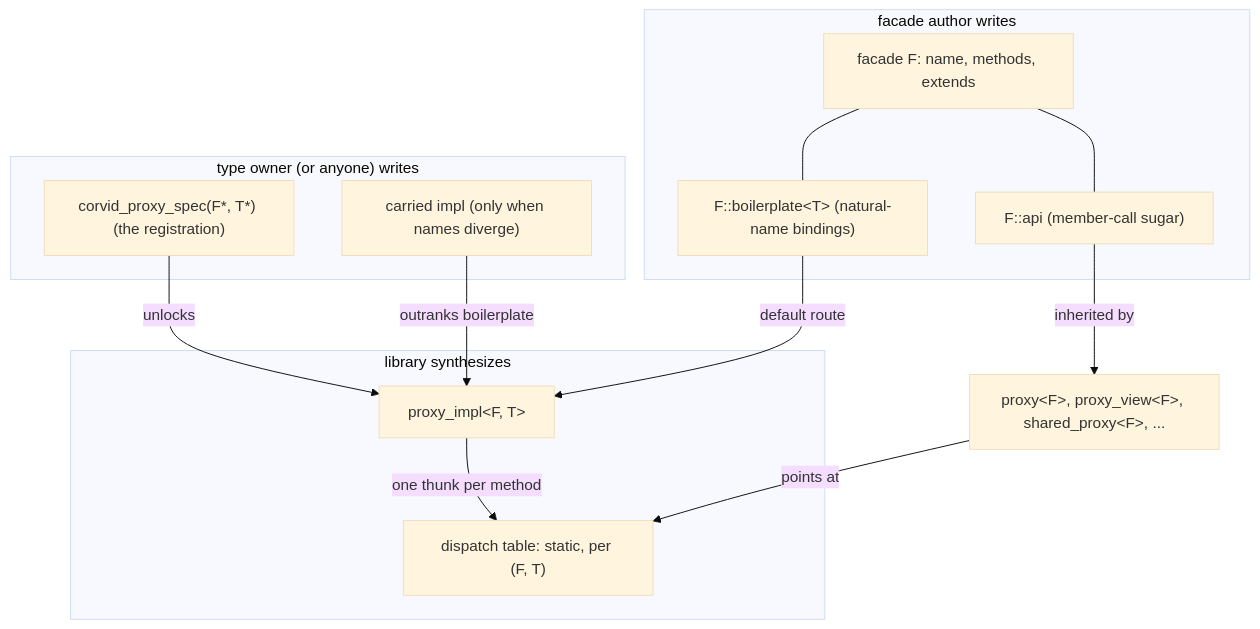
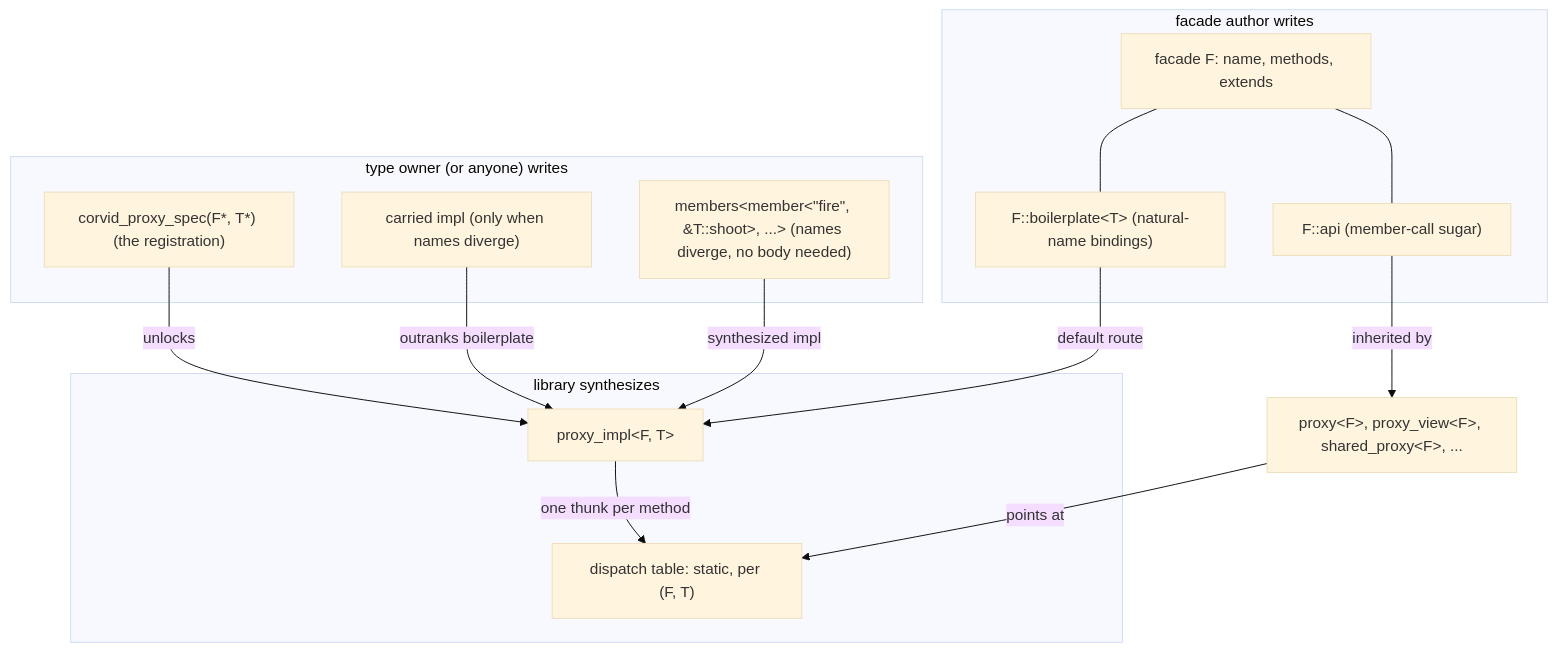
One commit to stevensudit/Corvid changed the first of 8 diagrams in corvid/meta/invoke/proxy.md. Above: the diagram before and after it, drawn with Mermaid (base theme). The commit also changed other lines of this file and 14 other files, not shown here.

````diff
--- a/corvid/meta/invoke/proxy.md
+++ b/corvid/meta/invoke/proxy.md
@@ -168,33 +170,36 @@
 ```mermaid
 flowchart TB
     F["facade F: name, methods, extends"]
     API["F::api (member-call sugar)"]
     BP["F::boilerplate&lt;T&gt; (natural-name bindings)"]
     HOOK["corvid_proxy_spec(F*, T*) (the registration)"]
     CI["carried impl (only when names diverge)"]
+    MB["members&lt;member&lt;&quot;fire&quot;, &amp;T::shoot&gt;, ...&gt; (names diverge, no body needed)"]
     PI["proxy_impl&lt;F, T&gt;"]
     VT["dispatch table: static, per (F, T)"]
     H["proxy&lt;F&gt;, proxy_view&lt;F&gt;, shared_proxy&lt;F&gt;, ..."]
 
     subgraph facade_author["facade author writes"]
         F
         API
         BP
     end
     subgraph conformer["type owner (or anyone) writes"]
         HOOK
         CI
+        MB
     end
     subgraph library["library synthesizes"]
         PI
         VT
     end
     F --- API
     F --- BP
     HOOK -->|unlocks| PI
     BP -->|default route| PI
     CI -->|outranks boilerplate| PI
+    MB -->|synthesized impl| PI
     PI -->|one thunk per method| VT
     H -->|points at| VT
     API -->|inherited by| H
 ```
````
